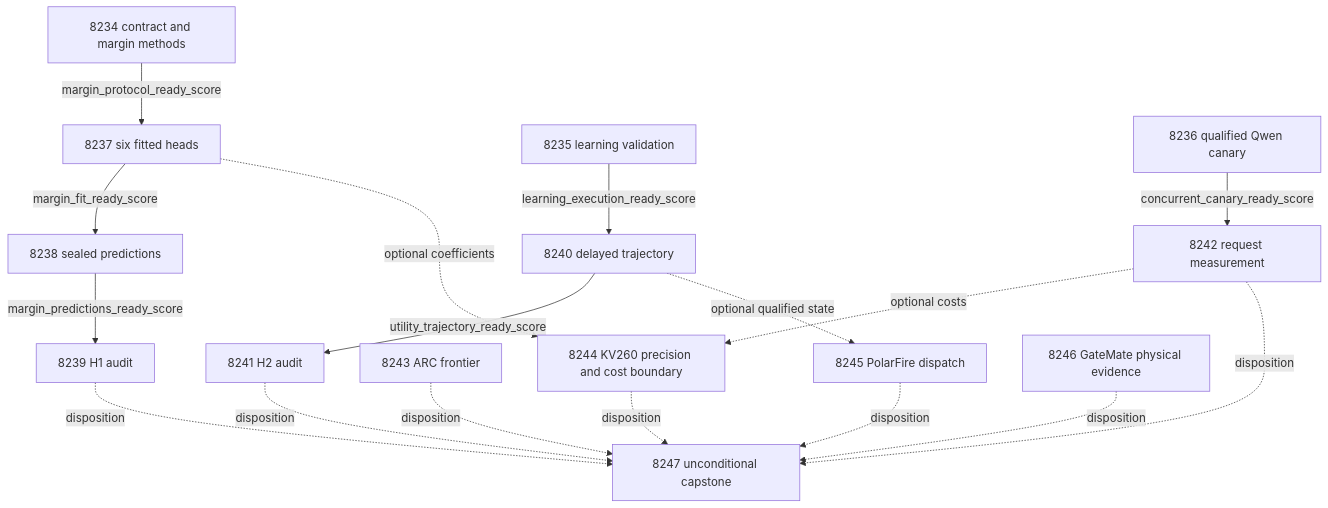
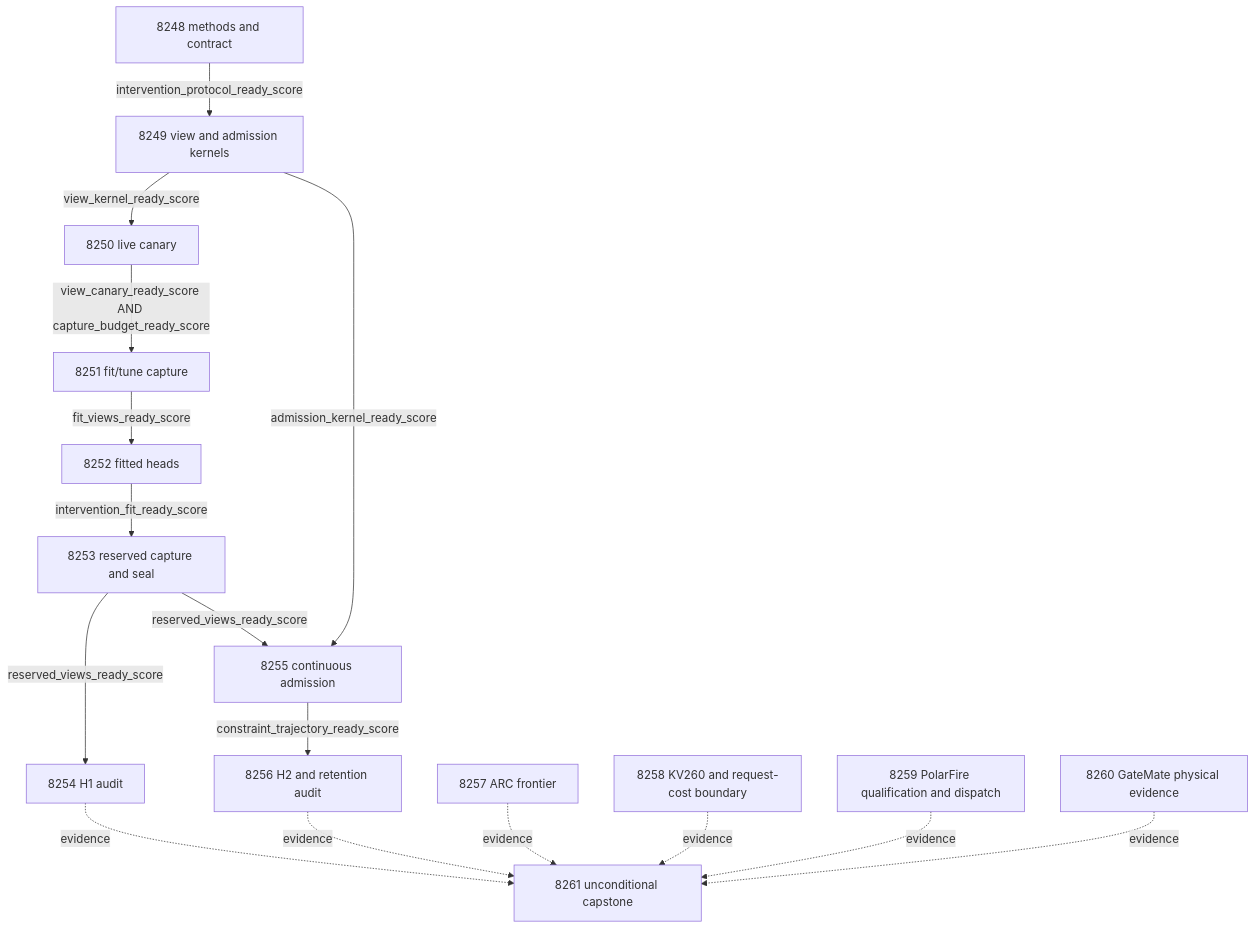
One commit to Carnot-EBM/carnot-ebm changed the second of 2 diagrams in openspec/change-proposals/research-roadmap-vNEXT.md. Above: the diagram before and after it, drawn with Mermaid. The commit also changed other lines of this file and 16 other files, not shown here.

````diff
--- a/openspec/change-proposals/research-roadmap-vNEXT.md
+++ b/openspec/change-proposals/research-roadmap-vNEXT.md
@@ -268,23 +284,22 @@
 ```mermaid
 flowchart TD
-  A[8234 contract and margin methods] -->|margin_protocol_ready_score| D[8237 six fitted heads]
-  D -->|margin_fit_ready_score| S[8238 sealed predictions]
-  S -->|margin_predictions_ready_score| E[8239 H1 audit]
-  L[8235 learning validation] -->|learning_execution_ready_score| R[8240 delayed trajectory]
-  R -->|utility_trajectory_ready_score| B[8241 H2 audit]
-  C[8236 qualified Qwen canary] -->|concurrent_canary_ready_score| T[8242 request measurement]
-  G[8243 ARC frontier]
-  K[8244 KV260 precision and cost boundary]
-  P[8245 PolarFire dispatch]
-  J[8246 GateMate physical evidence]
-  D -. optional coefficients .-> K
-  T -. optional costs .-> K
-  R -. optional qualified state .-> P
-  E -. disposition .-> X[8247 unconditional capstone]
-  B -. disposition .-> X
-  T -. disposition .-> X
-  G -. disposition .-> X
-  K -. disposition .-> X
-  P -. disposition .-> X
-  J -. disposition .-> X
+  A[8248 methods and contract] -->|intervention_protocol_ready_score| B[8249 view and admission kernels]
+  B -->|view_kernel_ready_score| C[8250 live canary]
+  C -->|view_canary_ready_score AND capture_budget_ready_score| D[8251 fit/tune capture]
+  D -->|fit_views_ready_score| E[8252 fitted heads]
+  E -->|intervention_fit_ready_score| F[8253 reserved capture and seal]
+  F -->|reserved_views_ready_score| G[8254 H1 audit]
+  F -->|reserved_views_ready_score| H[8255 continuous admission]
+  B -->|admission_kernel_ready_score| H
+  H -->|constraint_trajectory_ready_score| I[8256 H2 and retention audit]
+  J[8257 ARC frontier]
+  K[8258 KV260 and request-cost boundary]
+  L[8259 PolarFire qualification and dispatch]
+  M[8260 GateMate physical evidence]
+  G -. evidence .-> N[8261 unconditional capstone]
+  I -. evidence .-> N
+  J -. evidence .-> N
+  K -. evidence .-> N
+  L -. evidence .-> N
+  M -. evidence .-> N
 ```
````
